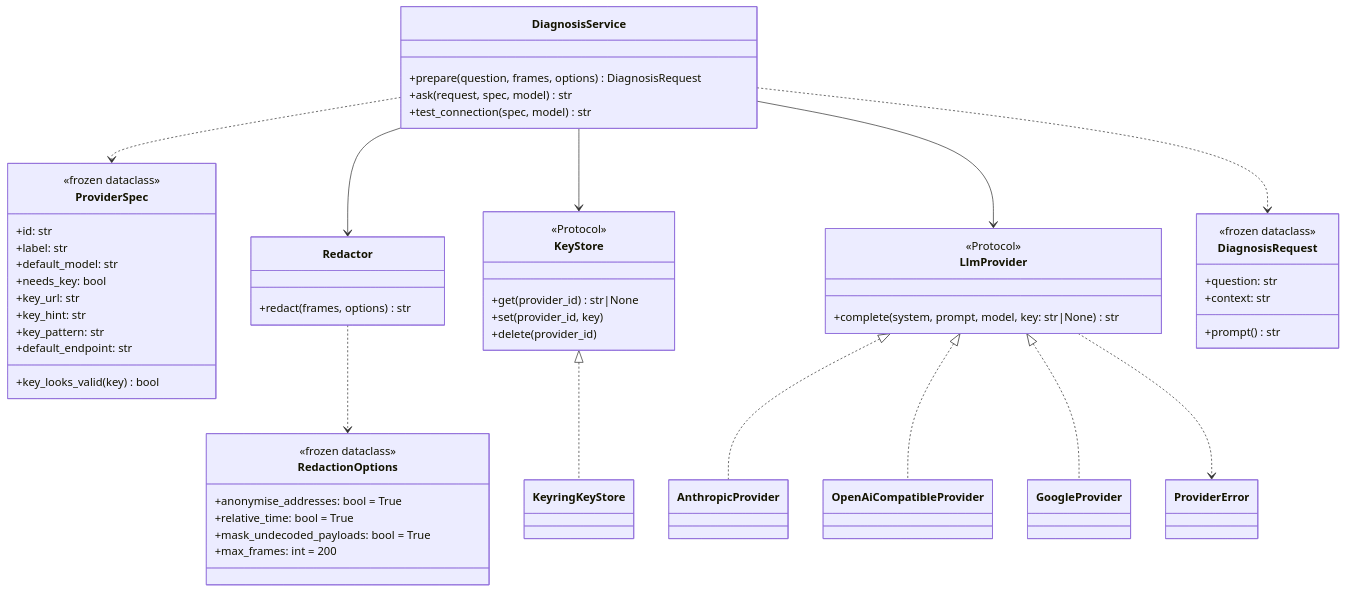
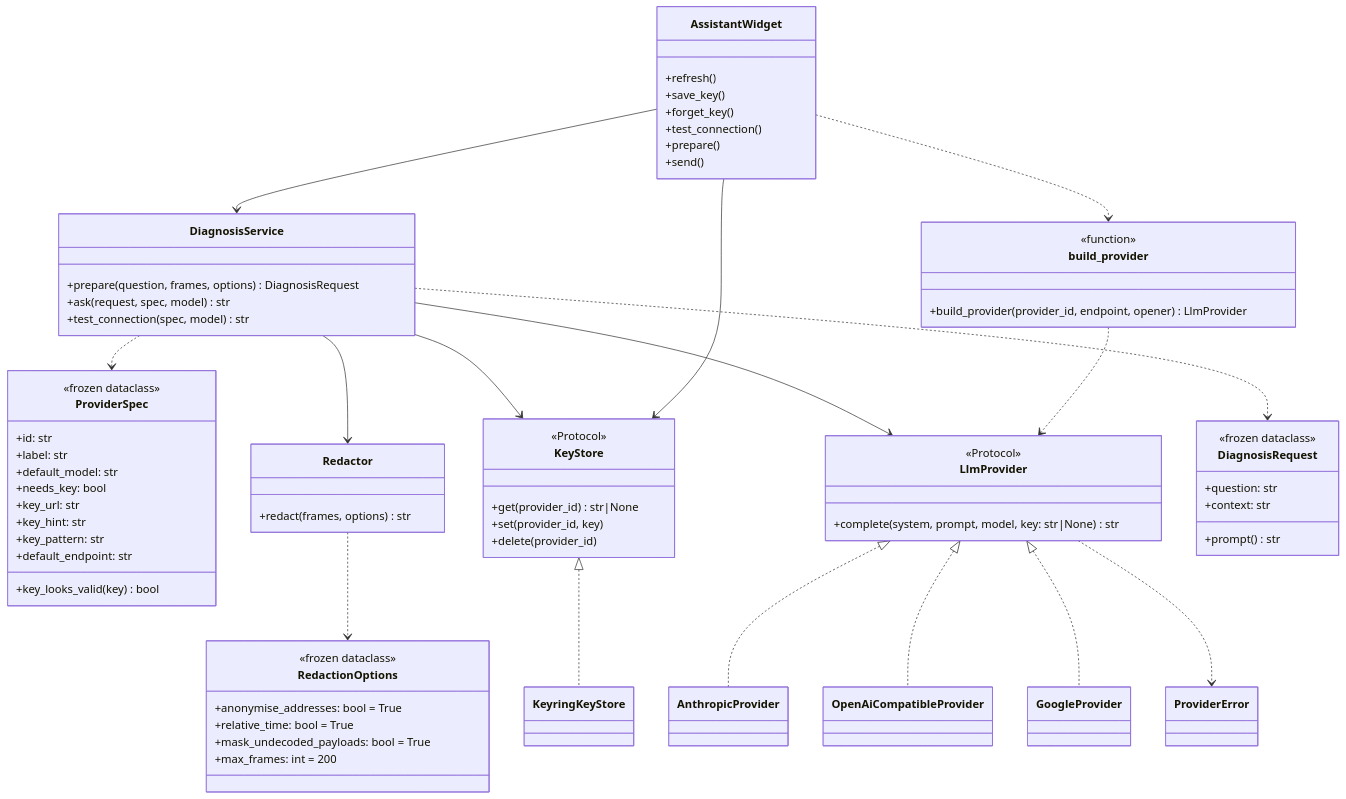
The diagram in docs/architecture/diagrams/ai-assistant/03-class.md (benoit-bremaud/busscope), drawn with Mermaid before and after one commit. The commit also changed 7 other files, not shown here.

````diff
--- a/docs/architecture/diagrams/ai-assistant/03-class.md
+++ b/docs/architecture/diagrams/ai-assistant/03-class.md
@@ -3,63 +3,79 @@
 ```mermaid
 classDiagram
     class ProviderSpec {
         <<frozen dataclass>>
         +id: str
         +label: str
         +default_model: str
         +needs_key: bool
         +key_url: str
         +key_hint: str
         +key_pattern: str
         +default_endpoint: str
         +key_looks_valid(key) bool
     }
     class LlmProvider {
         <<Protocol>>
         +complete(system, prompt, model, key: str|None) str
     }
     class KeyStore {
         <<Protocol>>
         +get(provider_id) str|None
         +set(provider_id, key)
         +delete(provider_id)
     }
     class RedactionOptions {
         <<frozen dataclass>>
         +anonymise_addresses: bool = True
         +relative_time: bool = True
         +mask_undecoded_payloads: bool = True
         +max_frames: int = 200
     }
     class Redactor {
         +redact(frames, options) str
     }
     class DiagnosisRequest {
         <<frozen dataclass>>
         +question: str
         +context: str
         +prompt() str
     }
     class DiagnosisService {
         +prepare(question, frames, options) DiagnosisRequest
         +ask(request, spec, model) str
         +test_connection(spec, model) str
     }
     class ProviderError
     class AnthropicProvider
     class OpenAiCompatibleProvider
     class GoogleProvider
     class KeyringKeyStore
+    class AssistantWidget {
+        +refresh()
+        +save_key()
+        +forget_key()
+        +test_connection()
+        +prepare()
+        +send()
+    }
+    class build_provider {
+        <<function>>
+        +build_provider(provider_id, endpoint, opener) LlmProvider
+    }
 
+    AssistantWidget --> DiagnosisService
+    AssistantWidget --> KeyStore
+    AssistantWidget ..> build_provider
+    build_provider ..> LlmProvider
     DiagnosisService --> Redactor
     DiagnosisService --> KeyStore
     DiagnosisService --> LlmProvider
     DiagnosisService ..> ProviderSpec
     DiagnosisService ..> DiagnosisRequest
     Redactor ..> RedactionOptions
     LlmProvider <|.. AnthropicProvider
     LlmProvider <|.. OpenAiCompatibleProvider
     LlmProvider <|.. GoogleProvider
     KeyStore <|.. KeyringKeyStore
     LlmProvider ..> ProviderError
 ```
````
